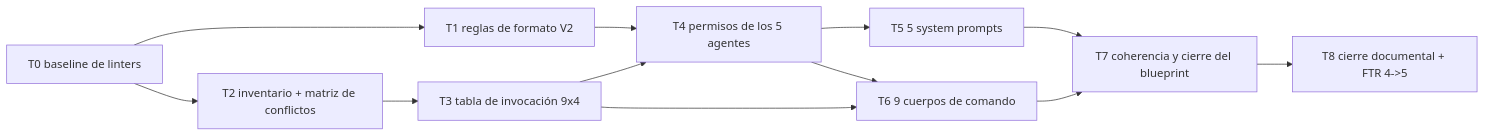
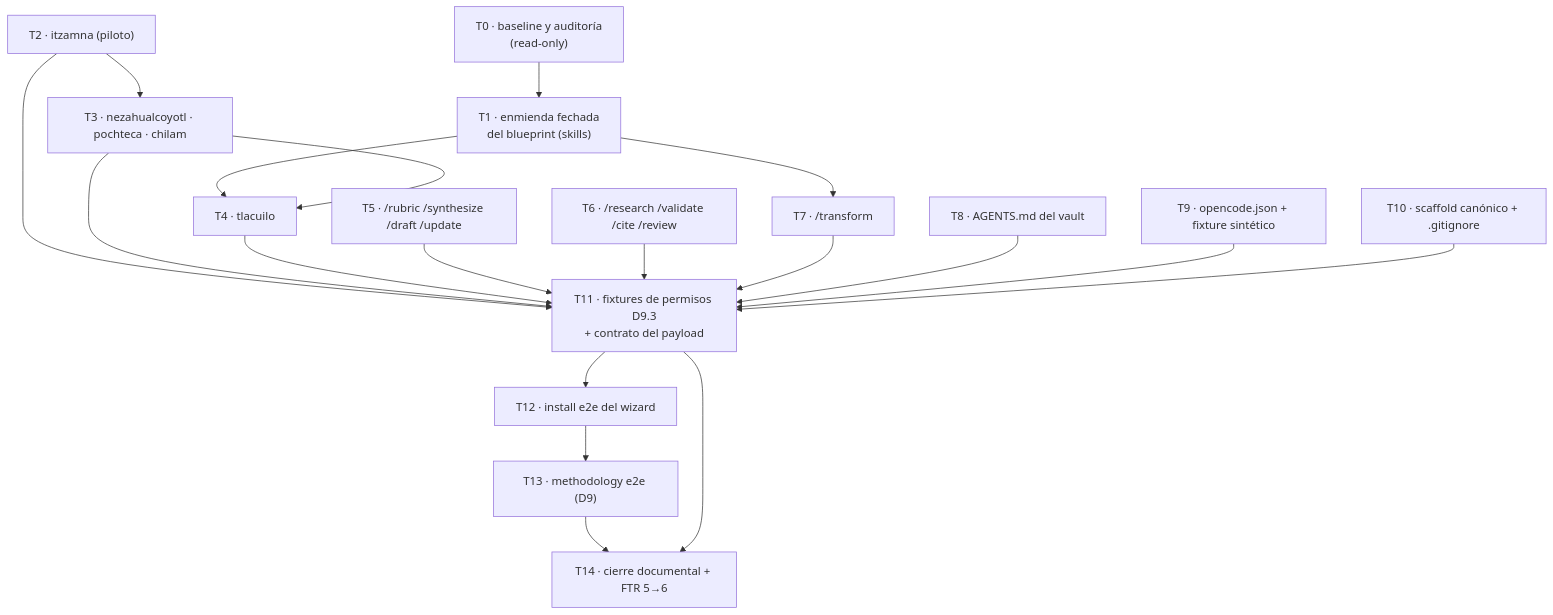
Before and after one commit to Fisherk2/tepochcalli-opencode: the diagram in tasks/plan.md, drawn with Mermaid. The commit also changed other lines of this file and 1 other file, not shown here.

````diff
--- a/tasks/plan.md
+++ b/tasks/plan.md
@@ -75,14 +69,37 @@
 ```mermaid
-graph LR
-    T0["T0 baseline de linters"] --> T1
-    T1["T1 reglas de formato V2"] --> T4["T4 permisos de los 5 agentes"]
-    T0 --> T2["T2 inventario + matriz de conflictos"]
-    T2 --> T3["T3 tabla de invocación 9x4"]
+graph TB
+    T0["T0 · baseline y auditoría<br/>(read-only)"]
+    T1["T1 · enmienda fechada<br/>del blueprint (skills)"]
+    T2["T2 · itzamna (piloto)"]
+    T3["T3 · nezahualcoyotl · pochteca · chilam"]
+    T4["T4 · tlacuilo"]
+    T5["T5 · /rubric /synthesize /draft /update"]
+    T6["T6 · /research /validate /cite /review"]
+    T7["T7 · /transform"]
+    T8["T8 · AGENTS.md del vault"]
+    T9["T9 · opencode.json + fixture sintético"]
+    T10["T10 · scaffold canónico + .gitignore"]
+    T11["T11 · fixtures de permisos D9.3<br/>+ contrato del payload"]
+    T12["T12 · install e2e del wizard"]
+    T13["T13 · methodology e2e (D9)"]
+    T14["T14 · cierre documental + FTR 5→6"]
+
+    T0 --> T1
+    T1 --> T4
+    T1 --> T7
+    T2 --> T3
     T3 --> T4
-    T4 --> T5["T5 5 system prompts"]
-    T3 --> T6["T6 9 cuerpos de comando"]
-    T4 --> T6
-    T5 --> T7["T7 coherencia y cierre del blueprint"]
-    T6 --> T7
-    T7 --> T8["T8 cierre documental + FTR 4->5"]
+    T2 --> T11
+    T3 --> T11
+    T4 --> T11
+    T5 --> T11
+    T6 --> T11
+    T7 --> T11
+    T8 --> T11
+    T9 --> T11
+    T10 --> T11
+    T11 --> T12
+    T12 --> T13
+    T13 --> T14
+    T11 --> T14
 ```
````
